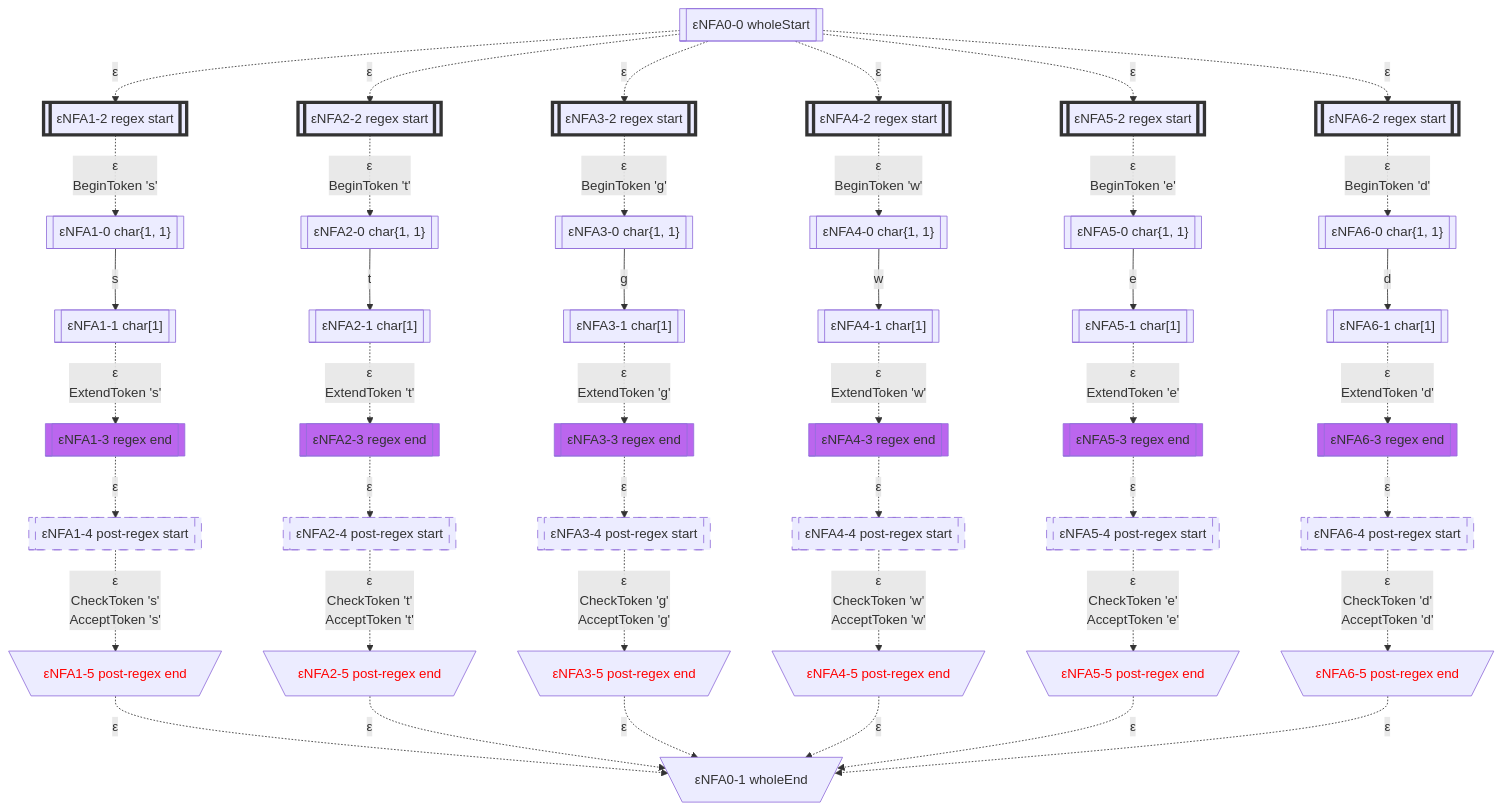
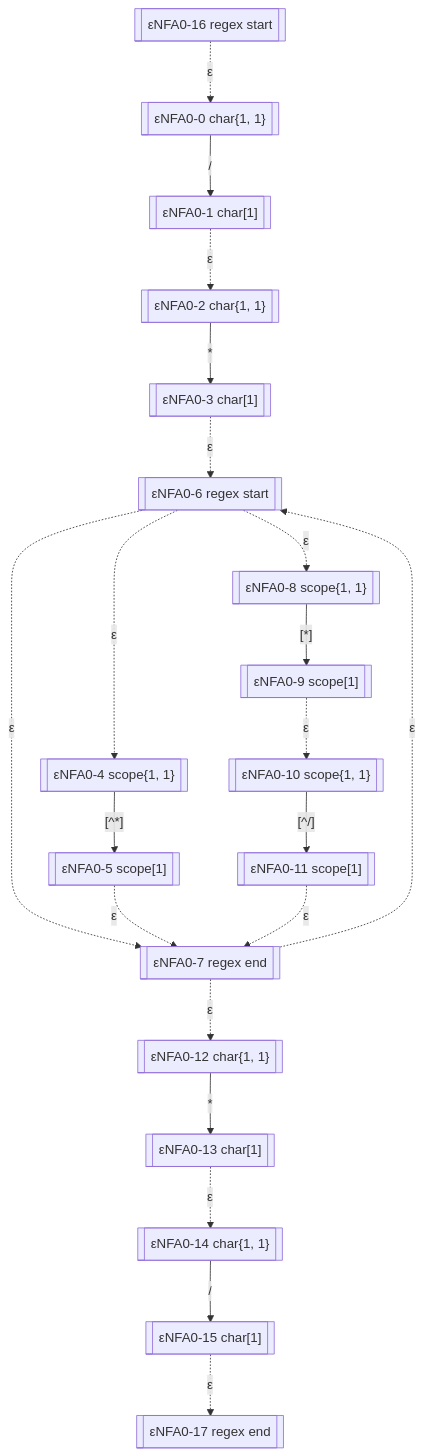
Before and after one commit to bitzhuwei/GrammarMentor: diagram 13 of 23 in Practices/Practice.GeneratedXxxFormat.Test/GeneratedSES/LexicalAnalyzer/README.gen.md, drawn with Mermaid. The commit also changed other lines of this file and 3868 other files, not shown here.

````diff
--- a/Practices/Practice.GeneratedXxxFormat.Test/GeneratedSES/LexicalAnalyzer/README.gen.md
+++ b/Practices/Practice.GeneratedXxxFormat.Test/GeneratedSES/LexicalAnalyzer/README.gen.md
@@ -357,133 +355,42 @@
 classDef c1101 stroke:#333,stroke-width:4px,fill:#BB66EE,color:#FF0000;
 classDef c1110 stroke:#333,stroke-width:4px,fill:#BB66EE,stroke-dasharray: 10 10;
 classDef c1111 stroke:#333,stroke-width:4px,fill:#BB66EE,stroke-dasharray: 10 10,color:#FF0000;
-eNFA0_0_65115477[["εNFA0-0 wholeStart"]]
-eNFA1_2_8691401[["εNFA1-2 regex start"]]
-class eNFA1_2_8691401 c1000;
-eNFA2_2_49168383[["εNFA2-2 regex start"]]
-class eNFA2_2_49168383 c1000;
-eNFA3_2_56237217[["εNFA3-2 regex start"]]
-class eNFA3_2_56237217 c1000;
-eNFA4_2_32091456[["εNFA4-2 regex start"]]
-class eNFA4_2_32091456 c1000;
-eNFA5_2_4673555[["εNFA5-2 regex start"]]
-class eNFA5_2_4673555 c1000;
-eNFA6_2_20160467[["εNFA6-2 regex start"]]
-class eNFA6_2_20160467 c1000;
-eNFA1_0_11113746[["εNFA1-0 char{1, 1}"]]
-eNFA2_0_7618538[["εNFA2-0 char{1, 1}"]]
-eNFA3_0_58920766[["εNFA3-0 char{1, 1}"]]
-eNFA4_0_49271158[["εNFA4-0 char{1, 1}"]]
-eNFA5_0_43013707[["εNFA5-0 char{1, 1}"]]
-eNFA6_0_22385140[["εNFA6-0 char{1, 1}"]]
-eNFA1_1_32914850[["εNFA1-1 char[1]"]]
-eNFA2_1_1457983[["εNFA2-1 char[1]"]]
-eNFA3_1_60524849[["εNFA3-1 char[1]"]]
-eNFA4_1_40787243[["εNFA4-1 char[1]"]]
-eNFA5_1_51579045[["εNFA5-1 char[1]"]]
-eNFA6_1_139672[["εNFA6-1 char[1]"]]
-eNFA1_3_27798194[["εNFA1-3 regex end"]]
-class eNFA1_3_27798194 c0100;
-eNFA2_3_13121854[["εNFA2-3 regex end"]]
-class eNFA2_3_13121854 c0100;
-eNFA3_3_7852731[["εNFA3-3 regex end"]]
-class eNFA3_3_7852731 c0100;
-eNFA4_3_31540868[["εNFA4-3 regex end"]]
-class eNFA4_3_31540868 c0100;
-eNFA5_3_61558227[["εNFA5-3 regex end"]]
-class eNFA5_3_61558227 c0100;
-eNFA6_3_1257053[["εNFA6-3 regex end"]]
-class eNFA6_3_1257053 c0100;
-eNFA1_4_48857155[["εNFA1-4 post-regex start"]]
-class eNFA1_4_48857155 c0010;
-eNFA2_4_50987822[["εNFA2-4 post-regex start"]]
-class eNFA2_4_50987822 c0010;
-eNFA3_4_3565717[["εNFA3-4 post-regex start"]]
-class eNFA3_4_3565717 c0010;
-eNFA4_4_15432364[["εNFA4-4 post-regex start"]]
-class eNFA4_4_15432364 c0010;
-eNFA5_4_17153132[["εNFA5-4 post-regex start"]]
-class eNFA5_4_17153132 c0010;
-eNFA6_4_11313485[["εNFA6-4 post-regex start"]]
-class eNFA6_4_11313485 c0010;
-eNFA1_5_37061214[\"εNFA1-5 post-regex end"/]
-class eNFA1_5_37061214 c0001;
-eNFA2_5_39862271[\"εNFA2-5 post-regex end"/]
-class eNFA2_5_39862271 c0001;
-eNFA3_5_36372913[\"εNFA3-5 post-regex end"/]
-class eNFA3_5_36372913 c0001;
-eNFA4_5_20387654[\"εNFA4-5 post-regex end"/]
-class eNFA4_5_20387654 c0001;
-eNFA5_5_42062003[\"εNFA5-5 post-regex end"/]
-class eNFA5_5_42062003 c0001;
-eNFA6_5_47226480[\"εNFA6-5 post-regex end"/]
-class eNFA6_5_47226480 c0001;
-eNFA0_1_23216125[\"εNFA0-1 wholeEnd"/]
-eNFA0_0_65115477 -.->|"ε"|eNFA1_2_8691401
-eNFA0_0_65115477 -.->|"ε"|eNFA2_2_49168383
-eNFA0_0_65115477 -.->|"ε"|eNFA3_2_56237217
-eNFA0_0_65115477 -.->|"ε"|eNFA4_2_32091456
-eNFA0_0_65115477 -.->|"ε"|eNFA5_2_4673555
-eNFA0_0_65115477 -.->|"ε"|eNFA6_2_20160467
-eNFA1_2_8691401 -.->|"ε
-BeginToken 's'"|eNFA1_0_11113746
-eNFA2_2_49168383 -.->|"ε
-BeginToken 't'"|eNFA2_0_7618538
-eNFA3_2_56237217 -.->|"ε
-BeginToken 'g'"|eNFA3_0_58920766
-eNFA4_2_32091456 -.->|"ε
-BeginToken 'w'"|eNFA4_0_49271158
-eNFA5_2_4673555 -.->|"ε
-BeginToken 'e'"|eNFA5_0_43013707
-eNFA6_2_20160467 -.->|"ε
-BeginToken 'd'"|eNFA6_0_22385140
-eNFA1_0_11113746 -->|"s"|eNFA1_1_32914850
-eNFA2_0_7618538 -->|"t"|eNFA2_1_1457983
-eNFA3_0_58920766 -->|"g"|eNFA3_1_60524849
-eNFA4_0_49271158 -->|"w"|eNFA4_1_40787243
-eNFA5_0_43013707 -->|"e"|eNFA5_1_51579045
-eNFA6_0_22385140 -->|"d"|eNFA6_1_139672
-eNFA1_1_32914850 -.->|"ε
-ExtendToken 's'"|eNFA1_3_27798194
-eNFA2_1_1457983 -.->|"ε
-ExtendToken 't'"|eNFA2_3_13121854
-eNFA3_1_60524849 -.->|"ε
-ExtendToken 'g'"|eNFA3_3_7852731
-eNFA4_1_40787243 -.->|"ε
-ExtendToken 'w'"|eNFA4_3_31540868
-eNFA5_1_51579045 -.->|"ε
-ExtendToken 'e'"|eNFA5_3_61558227
-eNFA6_1_139672 -.->|"ε
-ExtendToken 'd'"|eNFA6_3_1257053
-eNFA1_3_27798194 -.->|"ε"|eNFA1_4_48857155
-eNFA2_3_13121854 -.->|"ε"|eNFA2_4_50987822
-eNFA3_3_7852731 -.->|"ε"|eNFA3_4_3565717
-eNFA4_3_31540868 -.->|"ε"|eNFA4_4_15432364
-eNFA5_3_61558227 -.->|"ε"|eNFA5_4_17153132
-eNFA6_3_1257053 -.->|"ε"|eNFA6_4_11313485
-eNFA1_4_48857155 -.->|"ε
-CheckToken 's'
-AcceptToken 's'"|eNFA1_5_37061214
-eNFA2_4_50987822 -.->|"ε
-CheckToken 't'
-AcceptToken 't'"|eNFA2_5_39862271
-eNFA3_4_3565717 -.->|"ε
-CheckToken 'g'
-AcceptToken 'g'"|eNFA3_5_36372913
-eNFA4_4_15432364 -.->|"ε
-CheckToken 'w'
-AcceptToken 'w'"|eNFA4_5_20387654
-eNFA5_4_17153132 -.->|"ε
-CheckToken 'e'
-AcceptToken 'e'"|eNFA5_5_42062003
-eNFA6_4_11313485 -.->|"ε
-CheckToken 'd'
-AcceptToken 'd'"|eNFA6_5_47226480
-eNFA1_5_37061214 -.->|"ε"|eNFA0_1_23216125
-eNFA2_5_39862271 -.->|"ε"|eNFA0_1_23216125
-eNFA3_5_36372913 -.->|"ε"|eNFA0_1_23216125
-eNFA4_5_20387654 -.->|"ε"|eNFA0_1_23216125
-eNFA5_5_42062003 -.->|"ε"|eNFA0_1_23216125
-eNFA6_5_47226480 -.->|"ε"|eNFA0_1_23216125
-
+eNFA0_16_15134612[["εNFA0-16 regex start"]]
+eNFA0_0_1993781[["εNFA0-0 char{1, 1}"]]
+eNFA0_1_17944037[["εNFA0-1 char[1]"]]
+eNFA0_2_27278612[["εNFA0-2 char{1, 1}"]]
+eNFA0_3_12986251[["εNFA0-3 char[1]"]]
+eNFA0_6_13236018[["εNFA0-6 regex start"]]
+eNFA0_4_65484519[["εNFA0-4 scope{1, 1}"]]
+eNFA0_8_52015300[["εNFA0-8 scope{1, 1}"]]
+eNFA0_7_2645837[["εNFA0-7 regex end"]]
+eNFA0_5_23812538[["εNFA0-5 scope[1]"]]
+eNFA0_9_27858965[["εNFA0-9 scope[1]"]]
+eNFA0_12_49767403[["εNFA0-12 char{1, 1}"]]
+eNFA0_10_45238241[["εNFA0-10 scope{1, 1}"]]
+eNFA0_13_4490990[["εNFA0-13 char[1]"]]
+eNFA0_11_52489765[["εNFA0-11 scope[1]"]]
+eNFA0_14_40418918[["εNFA0-14 char{1, 1}"]]
+eNFA0_15_52706911[["εNFA0-15 char[1]"]]
+eNFA0_17_4600155[["εNFA0-17 regex end"]]
+eNFA0_16_15134612 -.->|"ε"|eNFA0_0_1993781
+eNFA0_0_1993781 -->|"/"|eNFA0_1_17944037
+eNFA0_1_17944037 -.->|"ε"|eNFA0_2_27278612
+eNFA0_2_27278612 -->|"*"|eNFA0_3_12986251
+eNFA0_3_12986251 -.->|"ε"|eNFA0_6_13236018
+eNFA0_6_13236018 -.->|"ε"|eNFA0_4_65484519
+eNFA0_6_13236018 -.->|"ε"|eNFA0_8_52015300
+eNFA0_6_13236018 -.->|"ε"|eNFA0_7_2645837
+eNFA0_4_65484519 -->|"[^*]"|eNFA0_5_23812538
+eNFA0_8_52015300 -->|"[*]"|eNFA0_9_27858965
+eNFA0_7_2645837 -.->|"ε"|eNFA0_6_13236018
+eNFA0_7_2645837 -.->|"ε"|eNFA0_12_49767403
+eNFA0_5_23812538 -.->|"ε"|eNFA0_7_2645837
+eNFA0_9_27858965 -.->|"ε"|eNFA0_10_45238241
+eNFA0_12_49767403 -->|"*"|eNFA0_13_4490990
+eNFA0_10_45238241 -->|"[^/]"|eNFA0_11_52489765
+eNFA0_13_4490990 -.->|"ε"|eNFA0_14_40418918
+eNFA0_11_52489765 -.->|"ε"|eNFA0_7_2645837
+eNFA0_14_40418918 -->|"/"|eNFA0_15_52706911
+eNFA0_15_52706911 -.->|"ε"|eNFA0_17_4600155
 ```
````
